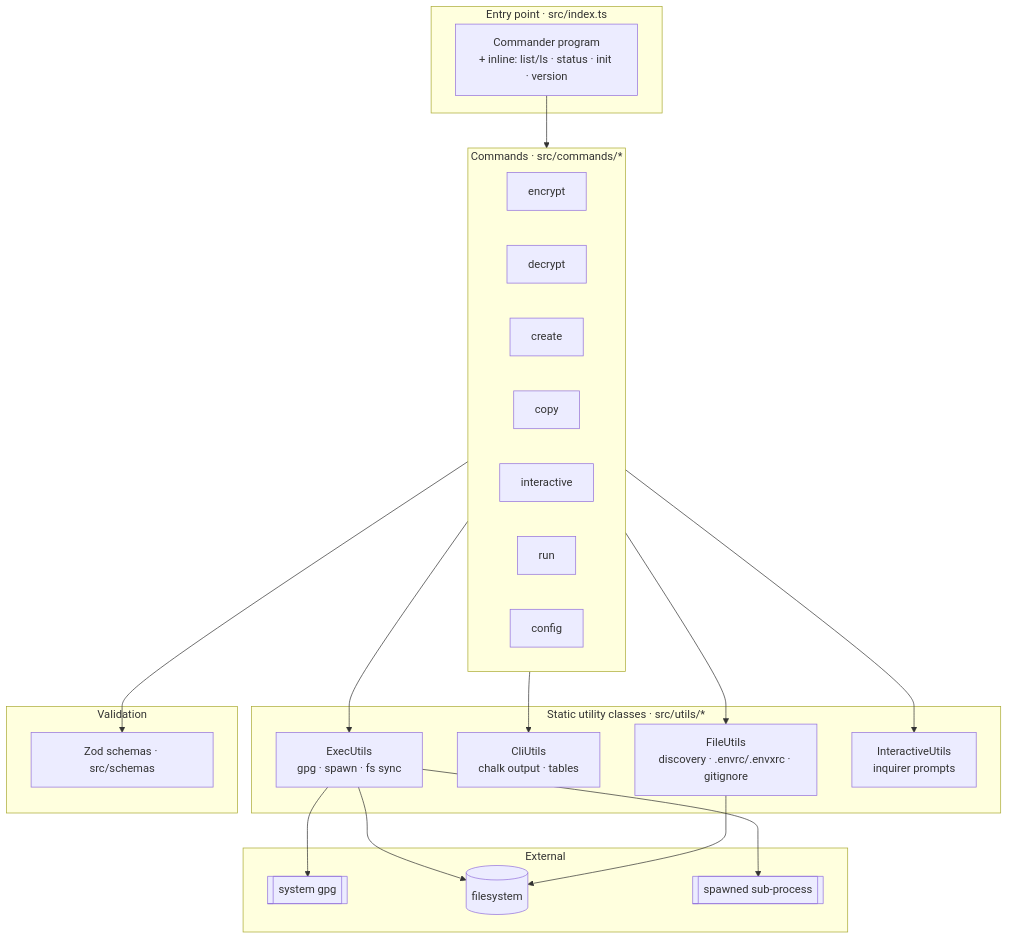
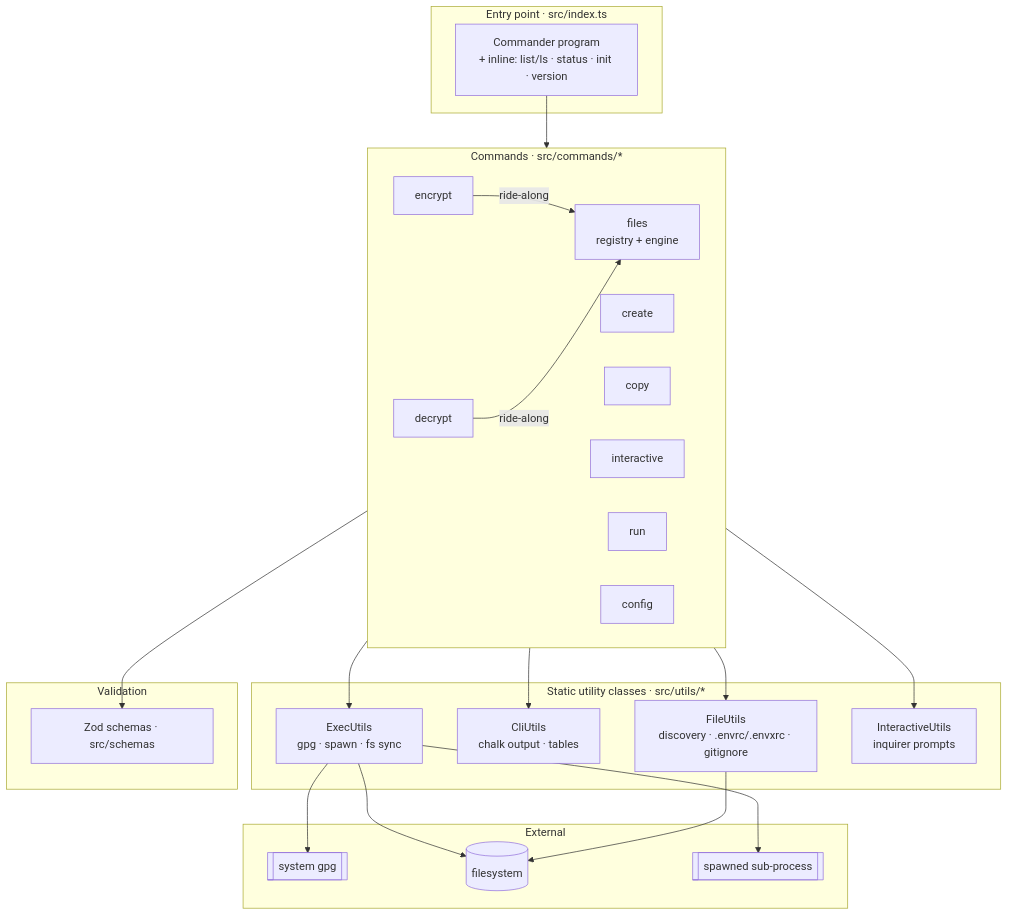
One commit to rahulretnan/envx-cli changed the first of 7 diagrams in docs/project/architecture-overview.md. Above: the diagram before and after it, drawn with Mermaid. The commit also changed 13 other files, not shown here.

````diff
--- a/docs/project/architecture-overview.md
+++ b/docs/project/architecture-overview.md
@@ -17,39 +17,41 @@
 ```mermaid
 flowchart TB
   subgraph Entry[Entry point · src/index.ts]
     Prog[Commander program<br/>+ inline: list/ls · status · init · version]
   end
 
   subgraph Cmds[Commands · src/commands/*]
     Enc[encrypt]
     Dec[decrypt]
     Cre[create]
     Cop[copy]
     Int[interactive]
     Run[run]
     Cfg[config]
+    Fil[files<br/>registry + engine]
   end
 
   subgraph Utils[Static utility classes · src/utils/*]
     Exec[ExecUtils<br/>gpg · spawn · fs sync]
     Cli[CliUtils<br/>chalk output · tables]
     File[FileUtils<br/>discovery · .envrc/.envxrc · gitignore]
     Inter[InteractiveUtils<br/>inquirer prompts]
   end
 
   subgraph Val[Validation]
     Zod[Zod schemas · src/schemas]
   end
 
   subgraph Ext[External]
     GPG[[system gpg]]
     FS[(filesystem)]
     Child[[spawned sub-process]]
   end
 
   Prog --> Cmds
   Cmds --> Zod
   Cmds --> Exec & Cli & File & Inter
+  Enc & Dec -->|ride-along| Fil
   Exec --> GPG & FS & Child
   File --> FS
 ```
````
